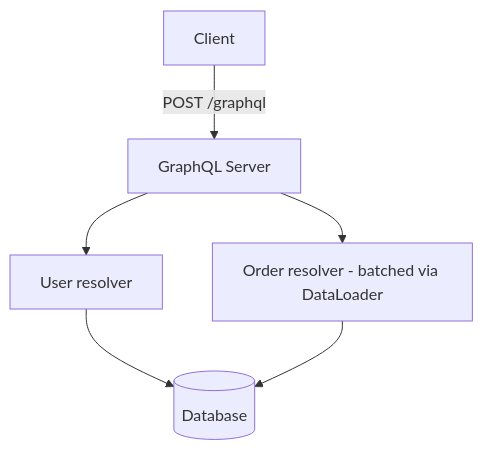
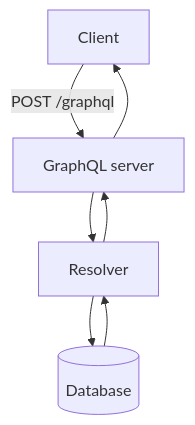
The fifth of 33 diagrams in 07-api-design/README.md (hareramcse/SystemDesign), drawn with Mermaid before and after one commit. The commit also changed other lines of this file, not shown here.

````diff
--- a/07-api-design/README.md
+++ b/07-api-design/README.md
@@ -280,8 +438,9 @@
 ```mermaid
 flowchart TB
-    Client -->|POST /graphql| GQL[GraphQL Server]
-    GQL --> R1[User resolver]
-    GQL --> R2[Order resolver - batched via DataLoader]
-    R1 --> DB[(Database)]
-    R2 --> DB
+    C[Client] -->|POST /graphql| GQL[GraphQL server]
+    GQL --> R[Resolver]
+    R --> DB[(Database)]
+    DB --> R
+    R --> GQL
+    GQL --> C
 ```
````
